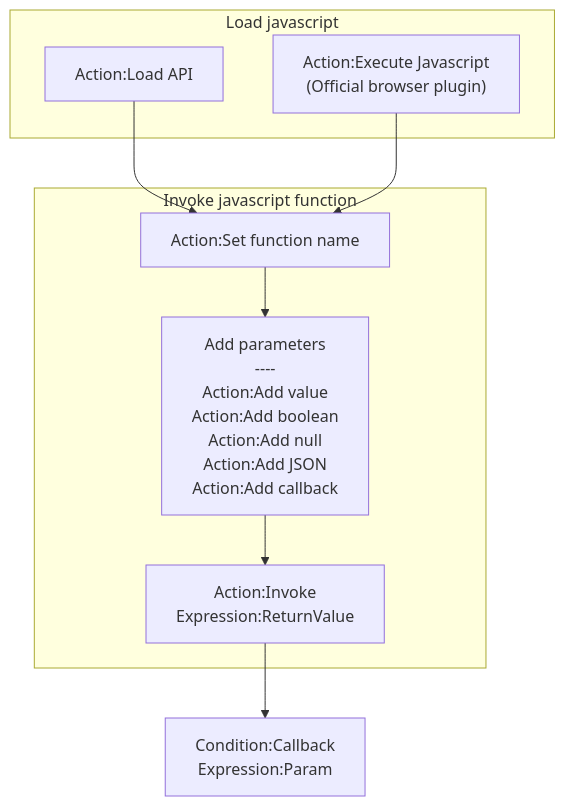
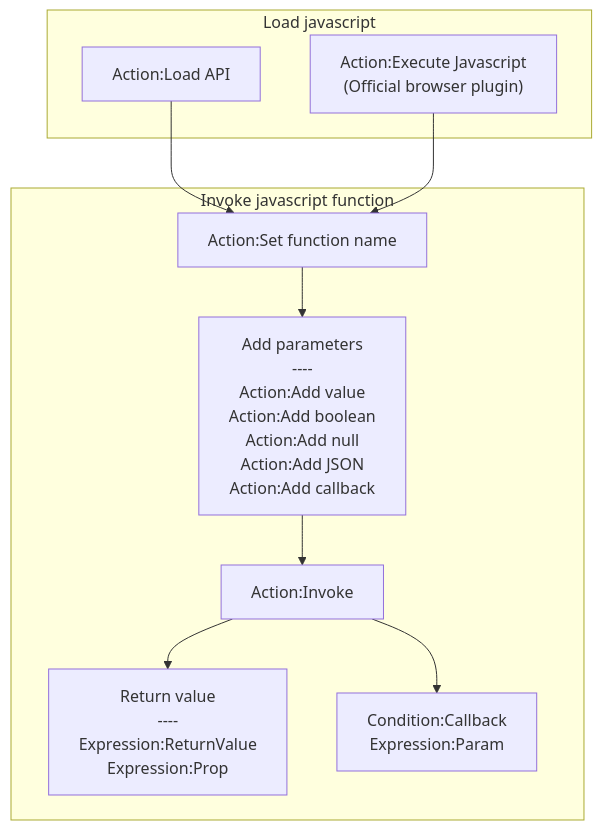
One commit to rexrainbow/C2RexDoc changed the first of 2 diagrams in plugins.md/rex_jsshell.md. Above: the diagram before and after it, drawn with Mermaid. The commit also changed other lines of this file and 1 other file, not shown here.

````diff
--- a/plugins.md/rex_jsshell.md
+++ b/plugins.md/rex_jsshell.md
@@ -26,22 +26,25 @@
 ```mermaid
 graph TB
 
 LoadJSCode["Action:Load API"] --> SetFnName["Action:Set function name"]
 SetFnName --> AddParam["Add parameters<br>----<br>Action:Add value<br>Action:Add boolean<br>Action:Add null<br>Action:Add JSON<br>Action:Add callback"]
-AddParam --> Invoke["Action:Invoke<br>Expression:ReturnValue"]
+AddParam --> Invoke["Action:Invoke"]
+Invoke --> ReturnValue["Return value<br>----<br>Expression:ReturnValue<br>Expression:Prop"]
 
 ExecJS["Action:Execute Javascript<br>(Official browser plugin)"] --> SetFnName
 
 Invoke --> Callback["Condition:Callback<br>Expression:Param"]
 
 subgraph Load javascript
 LoadJSCode
 ExecJS
 end
 
 subgraph Invoke javascript function
 SetFnName
 AddParam
 Invoke
+ReturnValue
+Callback
 end
 ```
````
